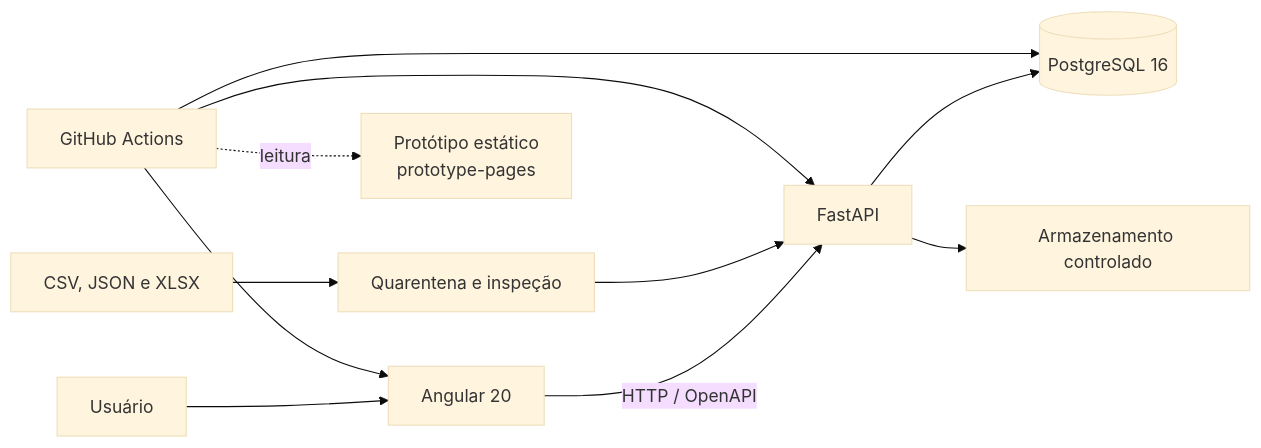
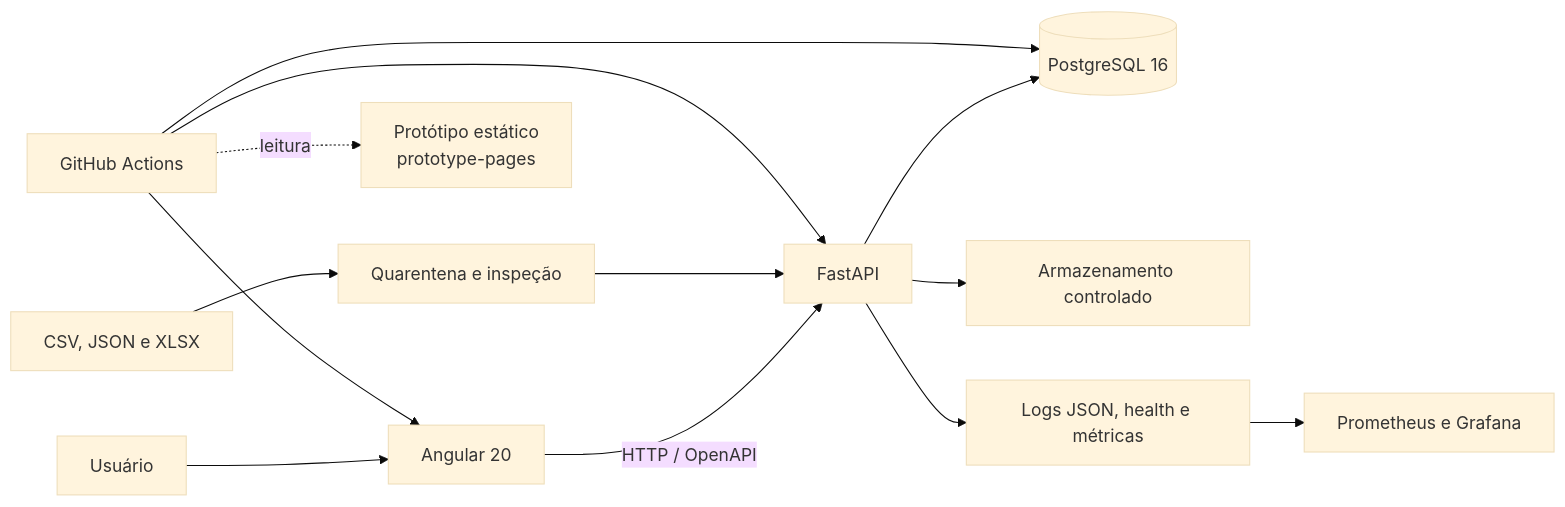
The diagram in docs/architecture.md (g-f307/synergia), drawn with Mermaid (base theme) before and after one commit. The commit also changed other lines of this file and 50 other files, not shown here.

````diff
--- a/docs/architecture.md
+++ b/docs/architecture.md
@@ -8,13 +8,15 @@
 ```mermaid
 flowchart LR
     U[Usuário] --> A[Angular 20]
     A -->|HTTP / OpenAPI| F[FastAPI]
     F --> P[(PostgreSQL 16)]
     F --> S[Armazenamento controlado]
+    F --> O[Logs JSON, health e métricas]
+    O --> M[Prometheus e Grafana]
     I[CSV, JSON e XLSX] --> Q[Quarentena e inspeção]
     Q --> F
     C[GitHub Actions] --> A
     C --> F
     C --> P
     C -. leitura .-> T[Protótipo estático<br/>prototype-pages]
 ```
````
